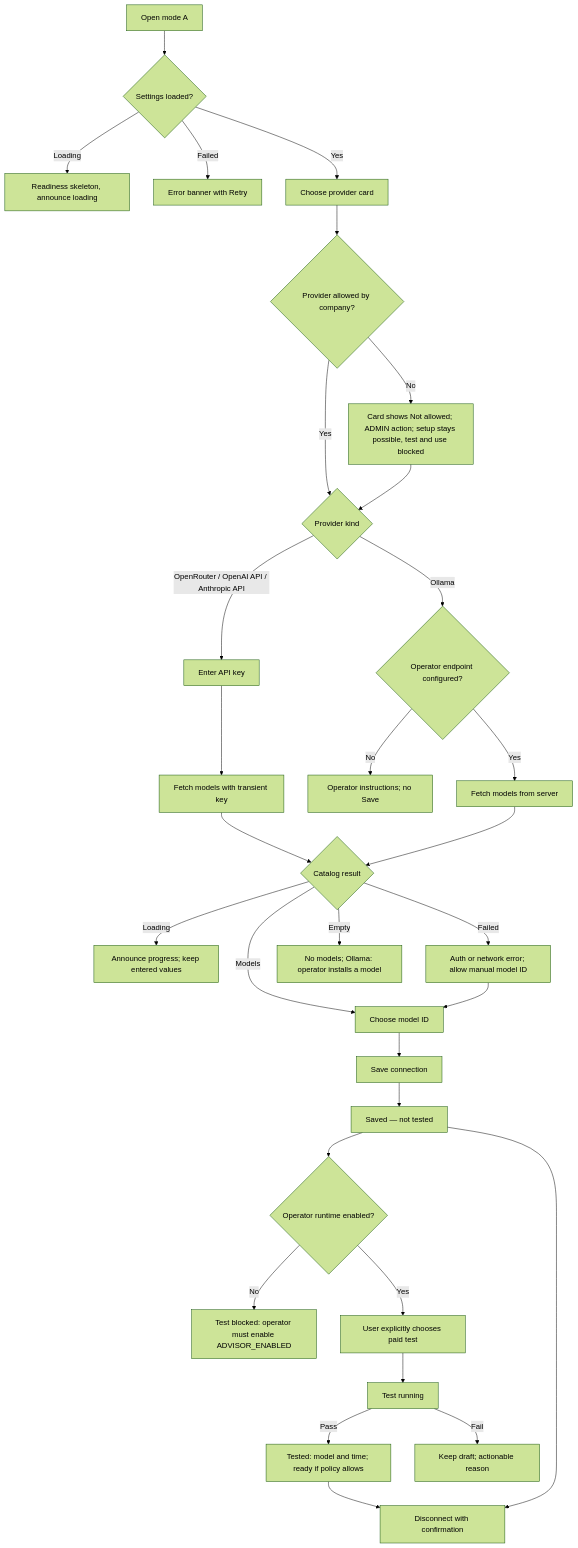
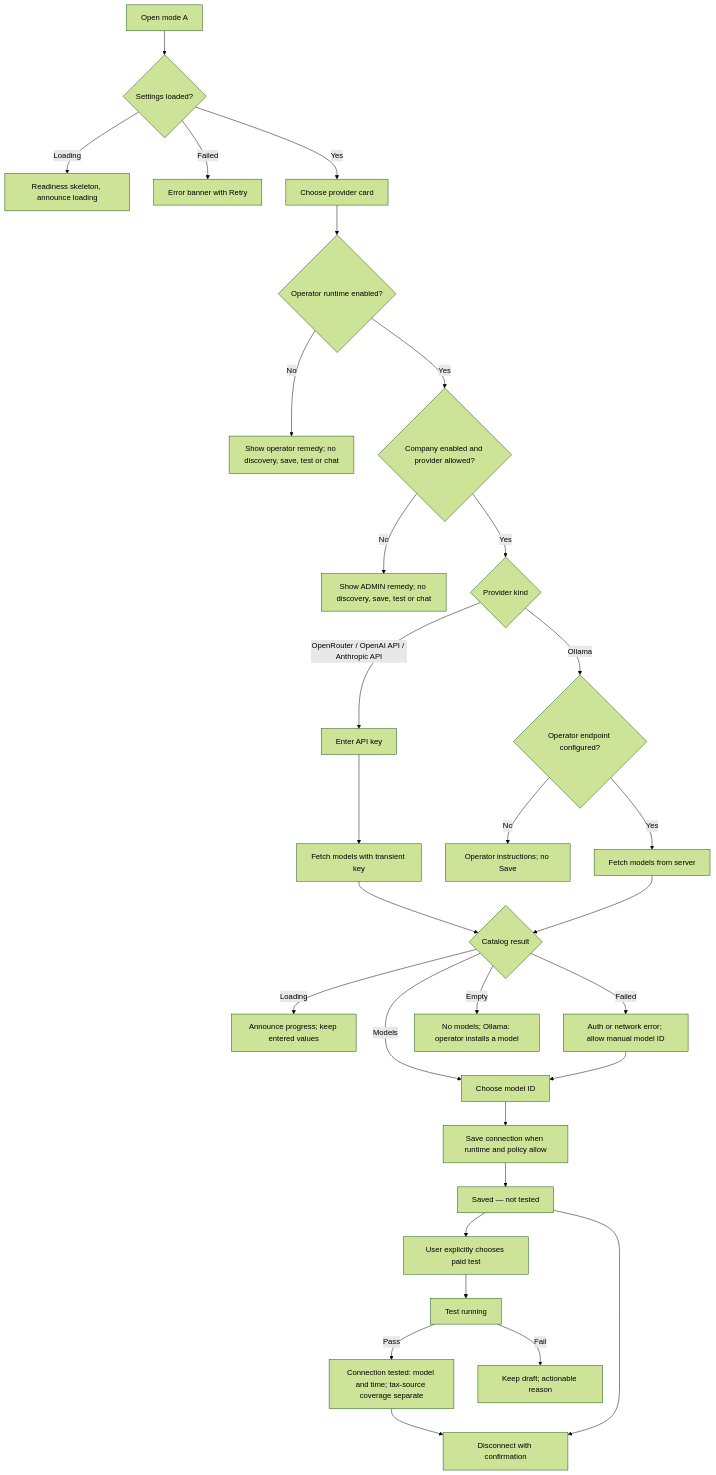
The second of 10 diagrams in docs/specs/tax-advisor-connection-ux.md (DriveToTech/ksiegowy-vibe), drawn with Mermaid (forest theme) before and after one commit. The commit also changed other lines of this file and 10 other files, not shown here.

Commit message:
feat(advisor): add blocked-entry states

````diff
--- a/docs/specs/tax-advisor-connection-ux.md
+++ b/docs/specs/tax-advisor-connection-ux.md
@@ -131,33 +156,32 @@
 ```mermaid
 flowchart TD
   Open[Open mode A] --> Load{Settings loaded?}
   Load -- Loading --> Skeleton[Readiness skeleton, announce loading]
   Load -- Failed --> LoadError[Error banner with Retry]
   Load -- Yes --> Choose[Choose provider card]
-  Choose --> Allowed{Provider allowed by company?}
-  Allowed -- No --> Denied[Card shows Not allowed; ADMIN action; setup stays possible, test and use blocked]
+  Choose --> Runtime{Operator runtime enabled?}
+  Runtime -- No --> OperatorBlocked[Show operator remedy; no discovery, save, test or chat]
+  Runtime -- Yes --> Allowed{Company enabled and provider allowed?}
+  Allowed -- No --> Denied[Show ADMIN remedy; no discovery, save, test or chat]
   Allowed -- Yes --> Kind{Provider kind}
-  Denied --> Kind
   Kind -- OpenRouter / OpenAI API / Anthropic API --> Key[Enter API key]
   Key --> Discover[Fetch models with transient key]
   Kind -- Ollama --> Endpoint{Operator endpoint configured?}
   Endpoint -- No --> OperatorHelp[Operator instructions; no Save]
   Endpoint -- Yes --> DiscoverOllama[Fetch models from server]
   Discover --> Catalog{Catalog result}
   DiscoverOllama --> Catalog
   Catalog -- Loading --> Progress[Announce progress; keep entered values]
   Catalog -- Failed --> CatalogError[Auth or network error; allow manual model ID]
   Catalog -- Empty --> CatalogEmpty[No models; Ollama: operator installs a model]
   Catalog -- Models --> Pick[Choose model ID]
   CatalogError --> Pick
-  Pick --> Save[Save connection]
+  Pick --> Save[Save connection when runtime and policy allow]
   Save --> Saved[Saved — not tested]
-  Saved --> Runtime{Operator runtime enabled?}
-  Runtime -- No --> RuntimeBlocked[Test blocked: operator must enable ADVISOR_ENABLED]
-  Runtime -- Yes --> TestChoice[User explicitly chooses paid test]
+  Saved --> TestChoice[User explicitly chooses paid test]
   TestChoice --> Testing[Test running]
-  Testing -- Pass --> Tested[Tested: model and time; ready if policy allows]
+  Testing -- Pass --> Tested[Connection tested: model and time; tax-source coverage separate]
   Testing -- Fail --> TestFailed[Keep draft; actionable reason]
   Tested --> Disconnect[Disconnect with confirmation]
   Saved --> Disconnect
 ```
````
